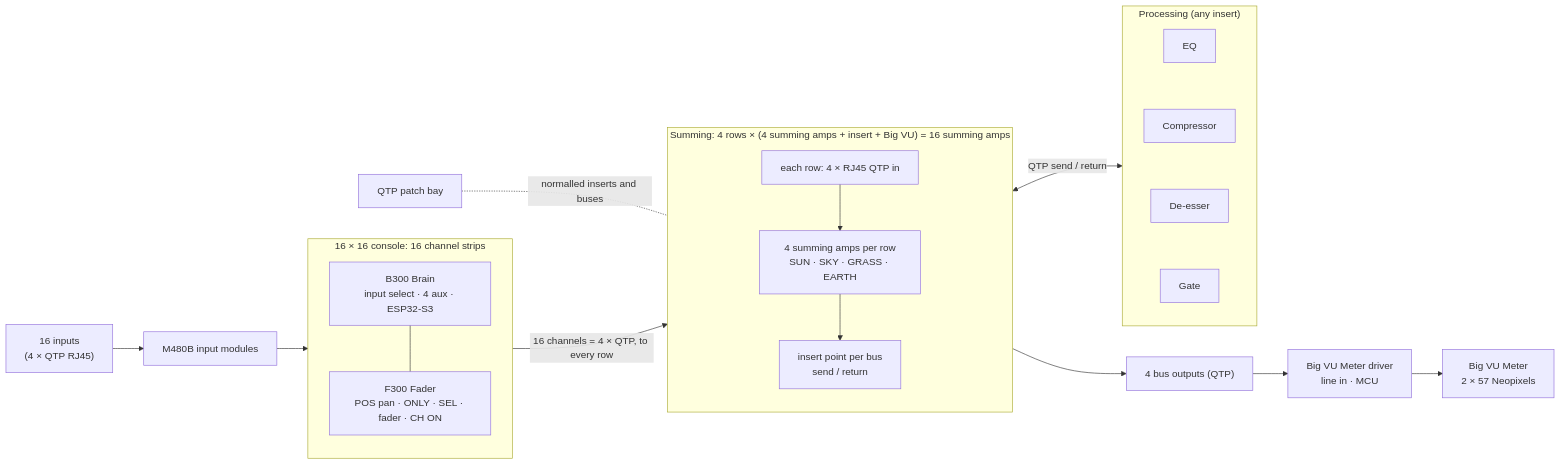
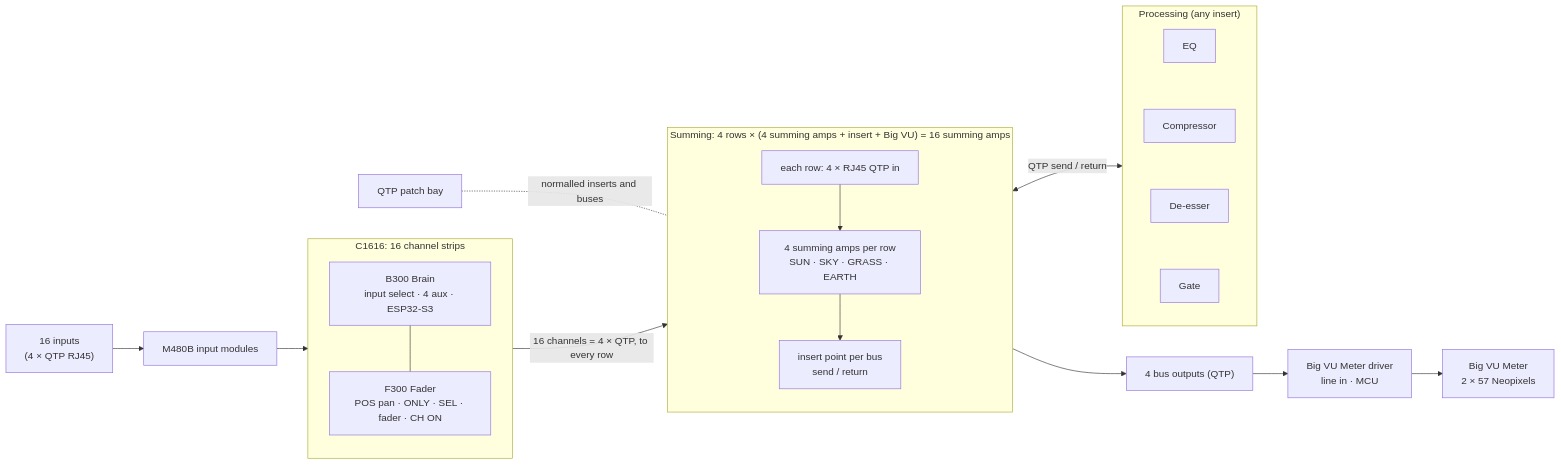
The diagram in README.md (WardBeckSystems/CONSOLE.EuroConsole), drawn with Mermaid before and after one commit. The commit also changed other lines of this file, not shown here.

Commit message:
README: the 16 x 16 console is the C1616

````diff
--- a/README.md
+++ b/README.md
@@ -26,22 +26,22 @@
 ```mermaid
 flowchart LR
-  subgraph CH["16 × 16 console: 16 channel strips"]
+  subgraph CH["C1616: 16 channel strips"]
     direction TB
     B["B300 Brain<br/>input select · 4 aux · ESP32-S3"] --- F["F300 Fader<br/>POS pan · ONLY · SEL · fader · CH ON"]
   end
   IN["16 inputs<br/>(4 × QTP RJ45)"] --> M480["M480B input modules"] --> CH
   PB["QTP patch bay"] -.-|"normalled inserts and buses"| INS
   CH -->|"16 channels = 4 × QTP, to every row"| SUM
   subgraph SUM["Summing: 4 rows × (4 summing amps + insert + Big VU) = 16 summing amps"]
     direction TB
     Q["each row: 4 × RJ45 QTP in"] --> BUS["4 summing amps per row<br/>SUN · SKY · GRASS · EARTH"]
     BUS --> INS["insert point per bus<br/>send / return"]
   end
   INS <-->|"QTP send / return"| PROC
   subgraph PROC["Processing (any insert)"]
     direction TB
     EQ["EQ"] ~~~ COMP["Compressor"] ~~~ DES["De-esser"] ~~~ GATE["Gate"]
   end
   INS --> OUT["4 bus outputs (QTP)"]
   OUT --> DRV["Big VU Meter driver<br/>line in · MCU"] --> VU["Big VU Meter<br/>2 × 57 Neopixels"]
 ```
````
